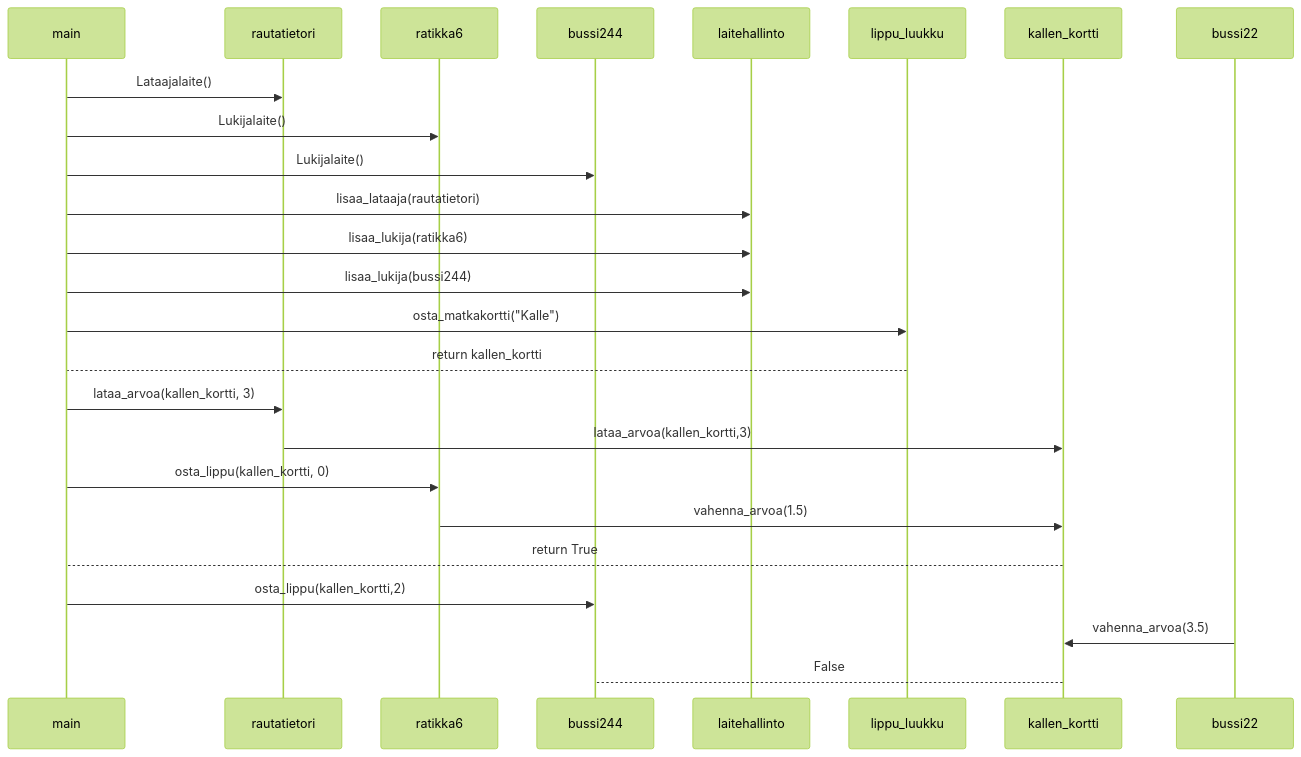
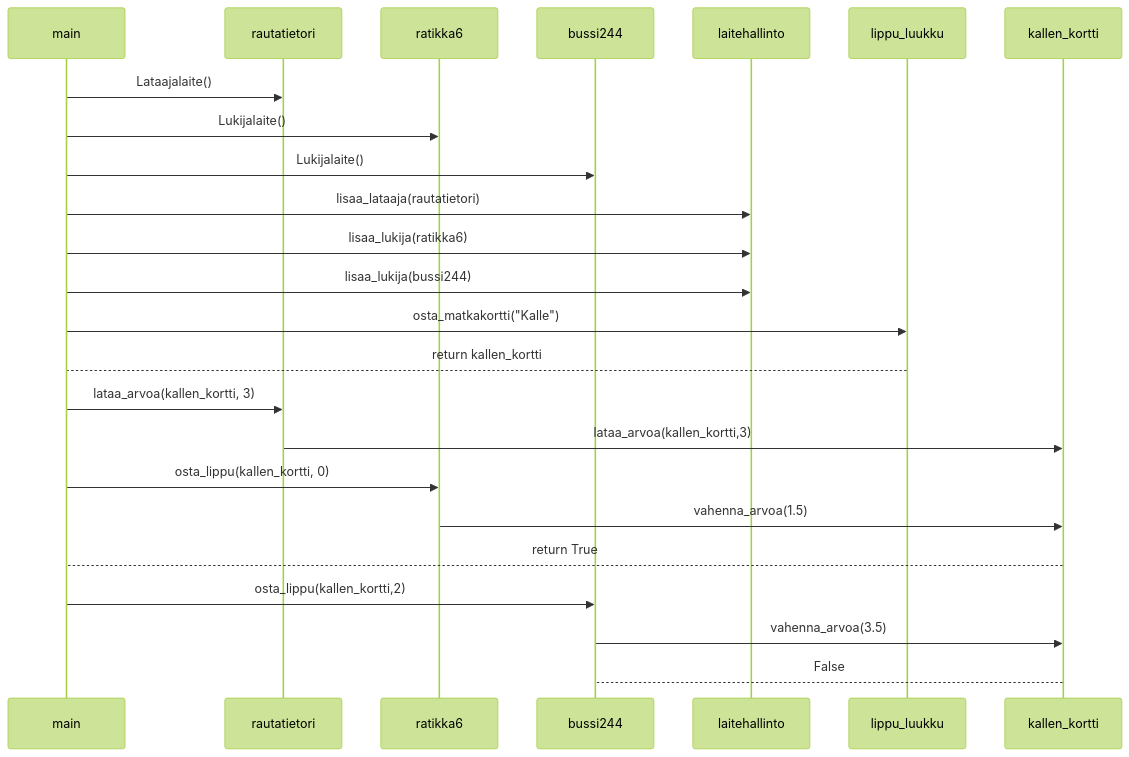
Before and after one commit to ah-pasila/ot-running-calendar: the diagram in laskarit/viikko3/hsl.md, drawn with Mermaid (forest theme).

Commit message:
Luonnos4 sekvenssikaaviosta

````diff
--- a/laskarit/viikko3/hsl.md
+++ b/laskarit/viikko3/hsl.md
@@ -3,19 +3,19 @@
 ```mermaid
 sequenceDiagram
     main->>rautatietori: Lataajalaite()
     main->>ratikka6: Lukijalaite()
     main->>bussi244: Lukijalaite()
     main->>laitehallinto: lisaa_lataaja(rautatietori)
     main->>laitehallinto: lisaa_lukija(ratikka6)
     main->>laitehallinto: lisaa_lukija(bussi244)
     main->>lippu_luukku: osta_matkakortti("Kalle")
     lippu_luukku-->main: return kallen_kortti
     main->>rautatietori: lataa_arvoa(kallen_kortti, 3)
     rautatietori->>kallen_kortti: lataa_arvoa(kallen_kortti,3)
     main->>ratikka6: osta_lippu(kallen_kortti, 0)
     ratikka6->>kallen_kortti: vahenna_arvoa(1.5)
     kallen_kortti-->main: return True
     main->>bussi244: osta_lippu(kallen_kortti,2)
-    bussi22->>kallen_kortti: vahenna_arvoa(3.5)
+    bussi244->>kallen_kortti: vahenna_arvoa(3.5)
     kallen_kortti-->bussi244: False
 ```
````
